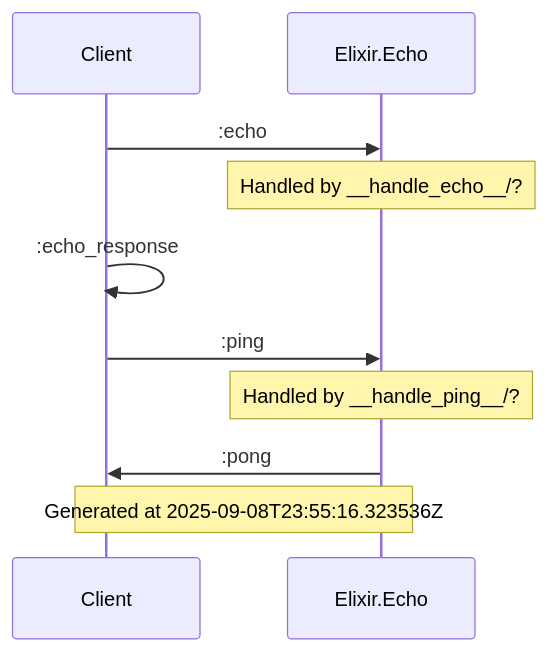
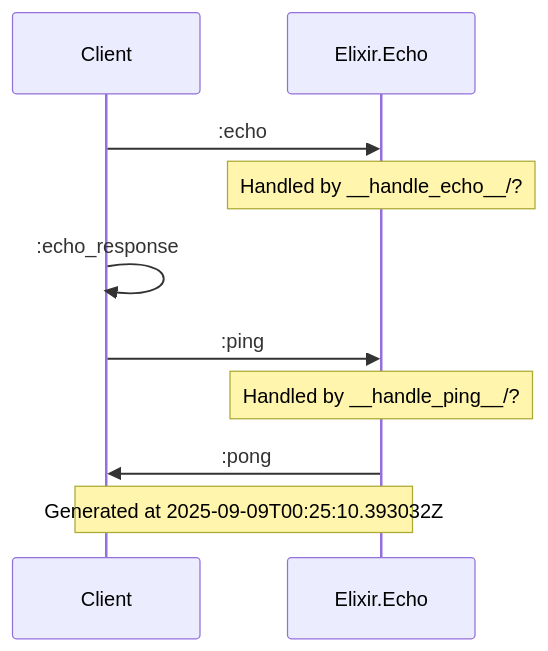
Before and after one commit to anoma/engine: the diagram in docs/diagrams/Elixir.Echo.md, drawn with Mermaid. The commit also changed other lines of this file and 27 other files, not shown here.

````diff
--- a/docs/diagrams/Elixir.Echo.md
+++ b/docs/diagrams/Elixir.Echo.md
@@ -5,14 +5,14 @@
 ```mermaid
 sequenceDiagram
     participant Client
     participant Elixir.Examples.EchoEngine as Elixir.Echo
     Client->>Elixir.Examples.EchoEngine: :echo
     Note over Elixir.Examples.EchoEngine: Handled by __handle_echo__/?
     Client->>Client: :echo_response
     Client->>Elixir.Examples.EchoEngine: :ping
     Note over Elixir.Examples.EchoEngine: Handled by __handle_ping__/?
     Elixir.Examples.EchoEngine->>Client: :pong
 
-Note over Client, Elixir.Examples.EchoEngine: Generated at 2025-09-08T23:55:16.323536Z
+Note over Client, Elixir.Examples.EchoEngine: Generated at 2025-09-09T00:25:10.393032Z
 
 ```
````
